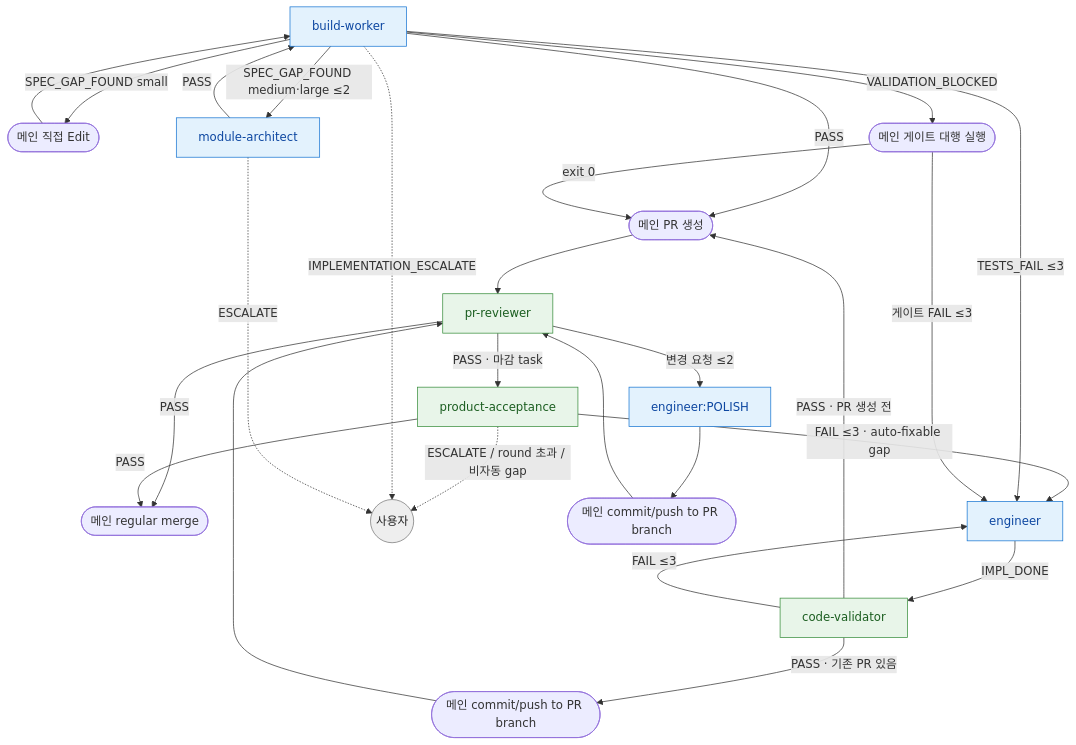
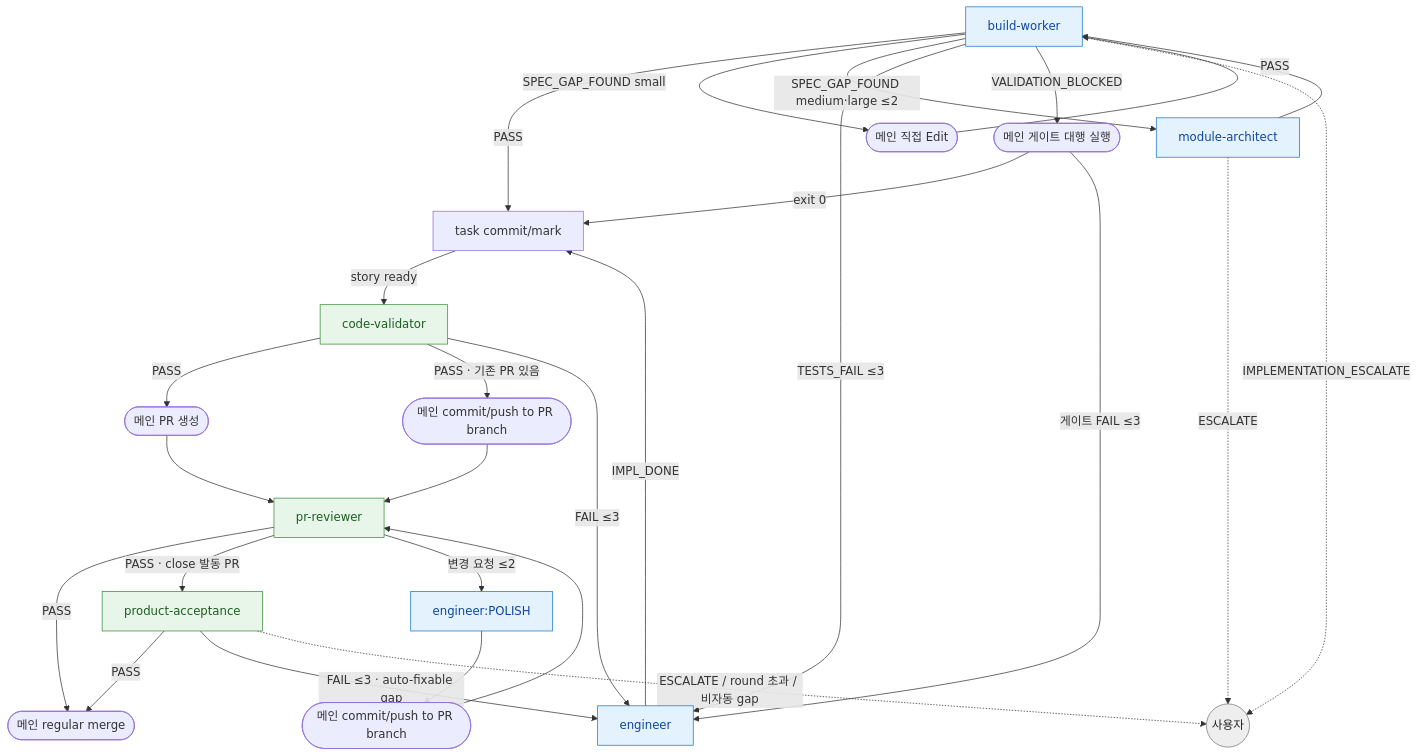
The second of 2 diagrams in skills/impl-loop/impl-loop-routing.md (Daeguk-Sun/dcNess), drawn with Mermaid before and after one commit. The commit also changed other lines of this file and 8 other files, not shown here.

Commit message:
[feature] impl-loop story runner 상태 추가

````diff
--- a/skills/impl-loop/impl-loop-routing.md
+++ b/skills/impl-loop/impl-loop-routing.md
@@ -54,28 +55,29 @@
 ```mermaid
 flowchart TB
-  BW[build-worker] -->|PASS| MG([메인 PR 생성]) --> PR2[pr-reviewer]
+  BW[build-worker] -->|PASS| TC2[task commit/mark]
+  TC2 -->|story ready| CV2[code-validator]
+  CV2 -->|PASS| MG([메인 PR 생성]) --> PR2[pr-reviewer]
   PR2 -->|PASS| M2([메인 regular merge])
-  PR2 -->|PASS · 마감 task| PA2[product-acceptance]
+  PR2 -->|PASS · close 발동 PR| PA2[product-acceptance]
   PA2 -->|PASS| M2
   PA2 -->|FAIL ≤3 · auto-fixable gap| EN2
   PA2 -.->|ESCALATE / round 초과 / 비자동 gap| U2
   PR2 -->|변경 요청 ≤2| ENP2[engineer:POLISH] --> MGP([메인 commit/push to PR branch]) --> PR2
   BW -->|SPEC_GAP_FOUND small| ME([메인 직접 Edit]) --> BW
   BW -->|SPEC_GAP_FOUND medium·large ≤2| MA2[module-architect] -->|PASS| BW
-  BW -->|TESTS_FAIL ≤3| EN2[engineer] -->|IMPL_DONE| CV2[code-validator]
-  CV2 -->|PASS · PR 생성 전| MG
+  BW -->|TESTS_FAIL ≤3| EN2[engineer] -->|IMPL_DONE| TC2
   CV2 -->|PASS · 기존 PR 있음| MGF([메인 commit/push to PR branch]) --> PR2
   CV2 -->|FAIL ≤3| EN2
   BW -->|VALIDATION_BLOCKED| GV([메인 게이트 대행 실행])
-  GV -->|exit 0| MG
+  GV -->|exit 0| TC2
   GV -->|게이트 FAIL ≤3| EN2
   BW -.->|IMPLEMENTATION_ESCALATE| U2((사용자))
   MA2 -.->|ESCALATE| U2
 
   classDef produce fill:#e3f2fd,stroke:#1976d2,color:#0d47a1
   classDef verify fill:#e8f5e9,stroke:#388e3c,color:#1b5e20
   classDef user fill:#eeeeee,stroke:#757575,color:#212121
   class BW,EN2,ENP2,MA2 produce
   class PR2,CV2,PA2 verify
   class U2 user
 ```
````
